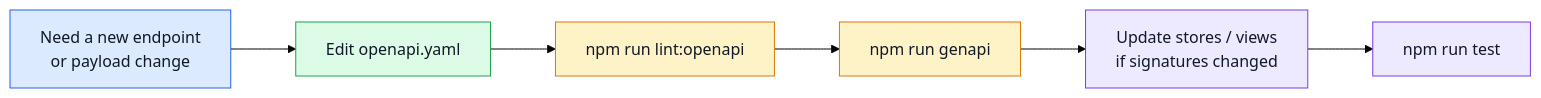
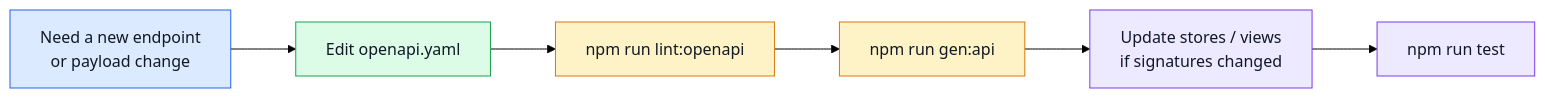
Before and after one commit to Guebbit/boilerplate-vue-frontend: the diagram in docs/api/openapi-workflow.md, drawn with Mermaid (forest theme). The commit also changed other lines of this file and 51 other files, not shown here.

````diff
--- a/docs/api/openapi-workflow.md
+++ b/docs/api/openapi-workflow.md
@@ -7,18 +7,18 @@
 ```mermaid
 %%{init: {'flowchart': {'nodeSpacing': 50, 'rankSpacing': 65}}}%%
 flowchart LR
     Idea[Need a new endpoint\nor payload change] --> Spec[Edit openapi.yaml]
     Spec --> Lint[npm run lint:openapi]
-    Lint --> Generate[npm run genapi]
+    Lint --> Generate[npm run gen:api]
     Generate --> Update[Update stores / views\nif signatures changed]
     Update --> Test[npm run test]
 
     classDef change fill:#dbeafe,stroke:#2563eb,color:#111827;
     classDef contract fill:#dcfce7,stroke:#16a34a,color:#111827;
     classDef tooling fill:#fef3c7,stroke:#d97706,color:#111827;
     classDef app fill:#ede9fe,stroke:#7c3aed,color:#111827;
     class Idea change;
     class Spec contract;
     class Lint,Generate tooling;
     class Update,Test app;
 ```
````
